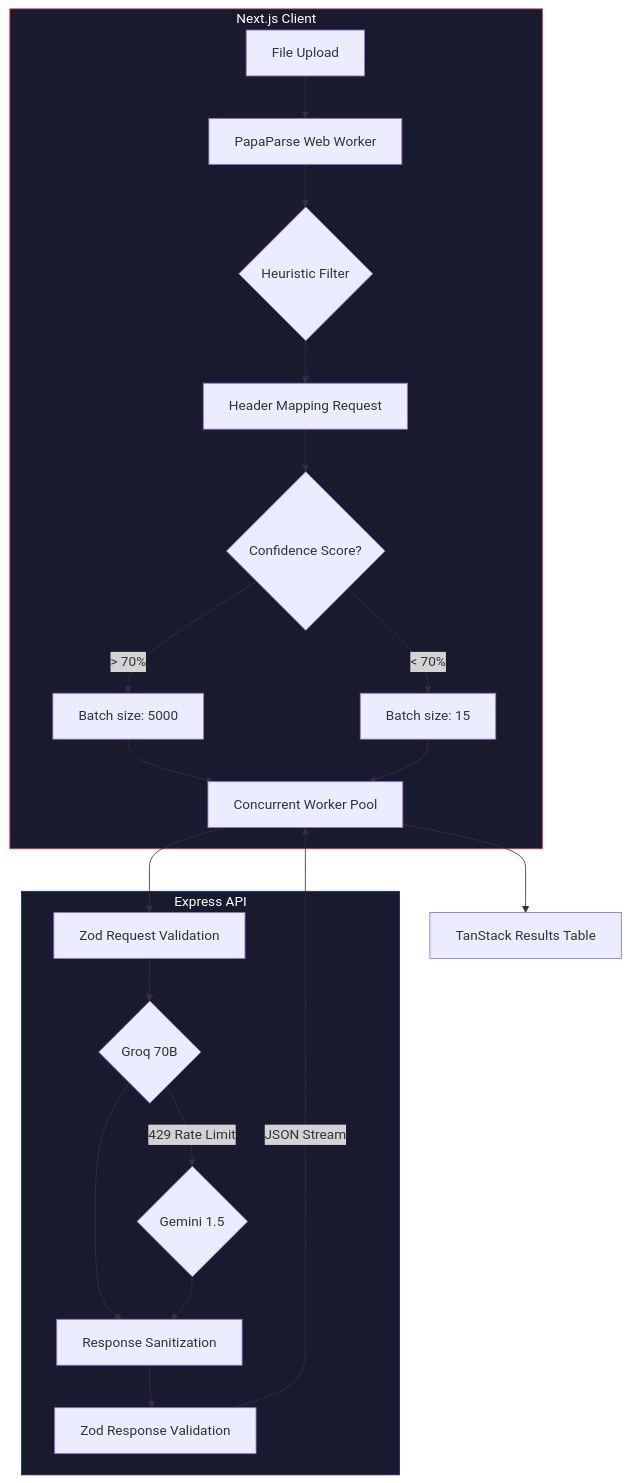
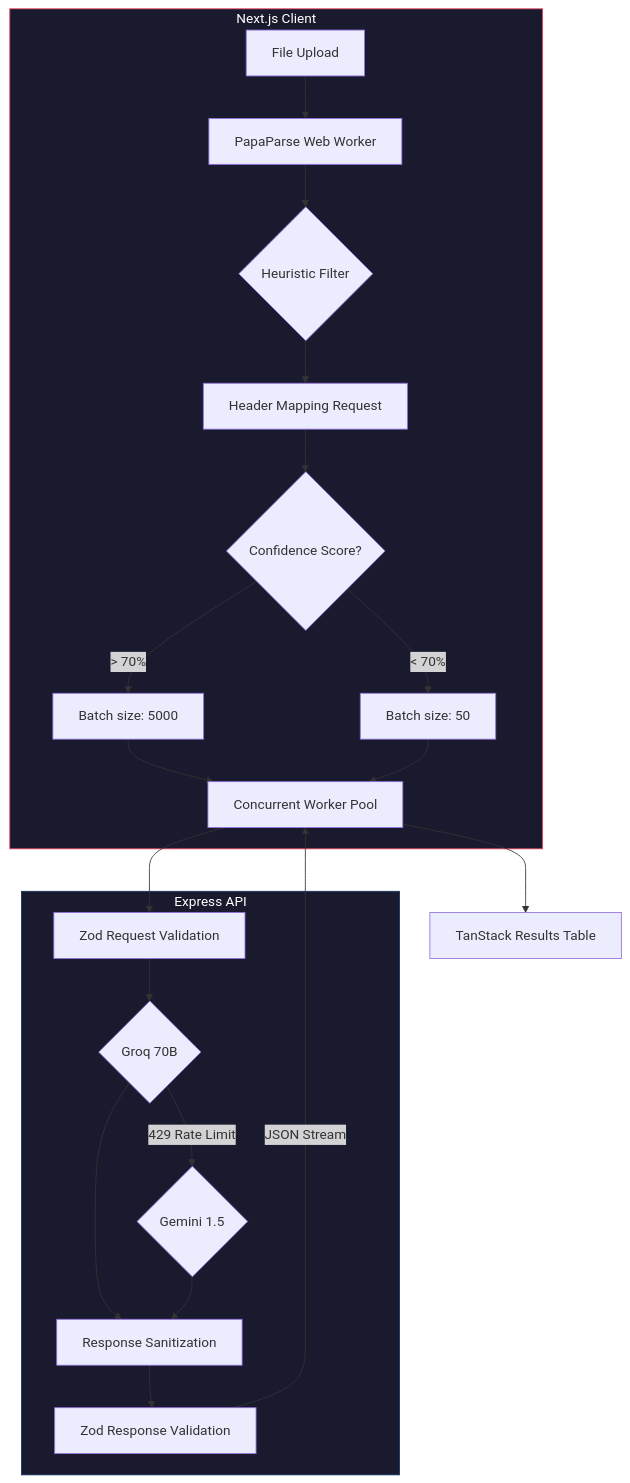
Before and after one commit to notUbaid/GridSense: the diagram in README.md, drawn with Mermaid. The commit also changed other lines of this file and 4 other files, not shown here.

````diff
--- a/README.md
+++ b/README.md
@@ -68,26 +68,26 @@
 ```mermaid
 flowchart TD
     subgraph Frontend [Next.js Client]
         A[File Upload] --> B[PapaParse Web Worker]
         B --> C{Heuristic Filter}
         C --> D[Header Mapping Request]
         D --> E{Confidence Score?}
         E -->|> 70%| F[Batch size: 5000]
-        E -->|< 70%| G[Batch size: 15]
+        E -->|< 70%| G[Batch size: 50]
         F & G --> H[Concurrent Worker Pool]
     end
 
     subgraph Backend [Express API]
         H --> I[Zod Request Validation]
         I --> J{Groq 70B}
         J -->|429 Rate Limit| K{Gemini 1.5}
         J & K --> L[Response Sanitization]
         L --> M[Zod Response Validation]
     end
 
     M -->|JSON Stream| H
     H --> N[TanStack Results Table]
 
     style Frontend fill:#1a1a2e,stroke:#e94560,color:#fff
     style Backend fill:#1a1a2e,stroke:#0f3460,color:#fff
 ```
````
